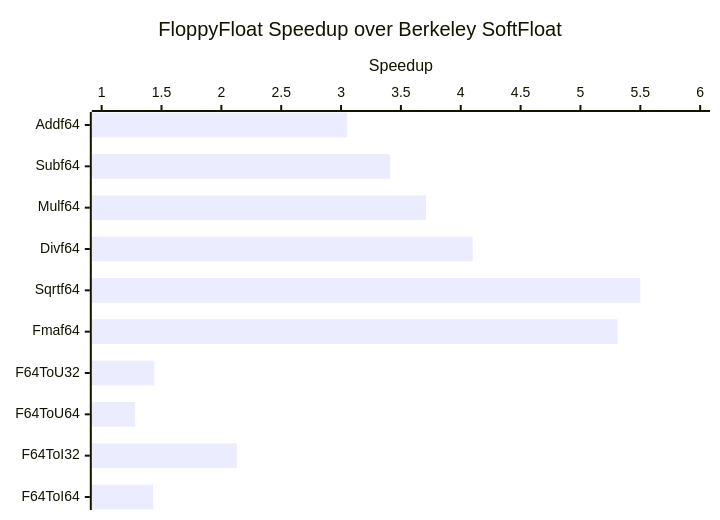
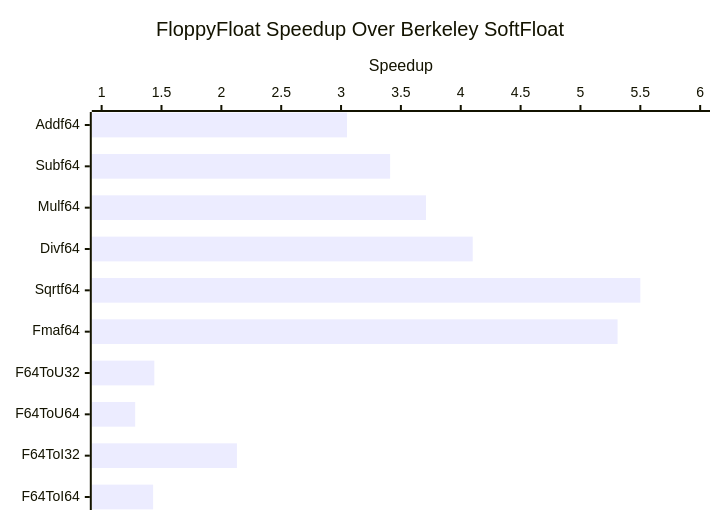
The diagram in README.md (not-chciken/FloppyFloat), drawn with Mermaid before and after one commit. The commit also changed other lines of this file, not shown here.

````diff
--- a/README.md
+++ b/README.md
@@ -25,7 +25,7 @@
 ```mermaid
 xychart-beta horizontal
-    title "FloppyFloat Speedup over Berkeley SoftFloat"
+    title "FloppyFloat Speedup Over Berkeley SoftFloat"
     x-axis [Addf64, Subf64, Mulf64, Divf64, Sqrtf64, Fmaf64, F64ToU32, F64ToU64, F64ToI32, F64ToI64]
     y-axis "Speedup" 1 --> 6
     bar [3.05, 3.41, 3.71, 4.10, 5.50, 5.31, 1.44, 1.28, 2.13, 1.43]
 ```
````
